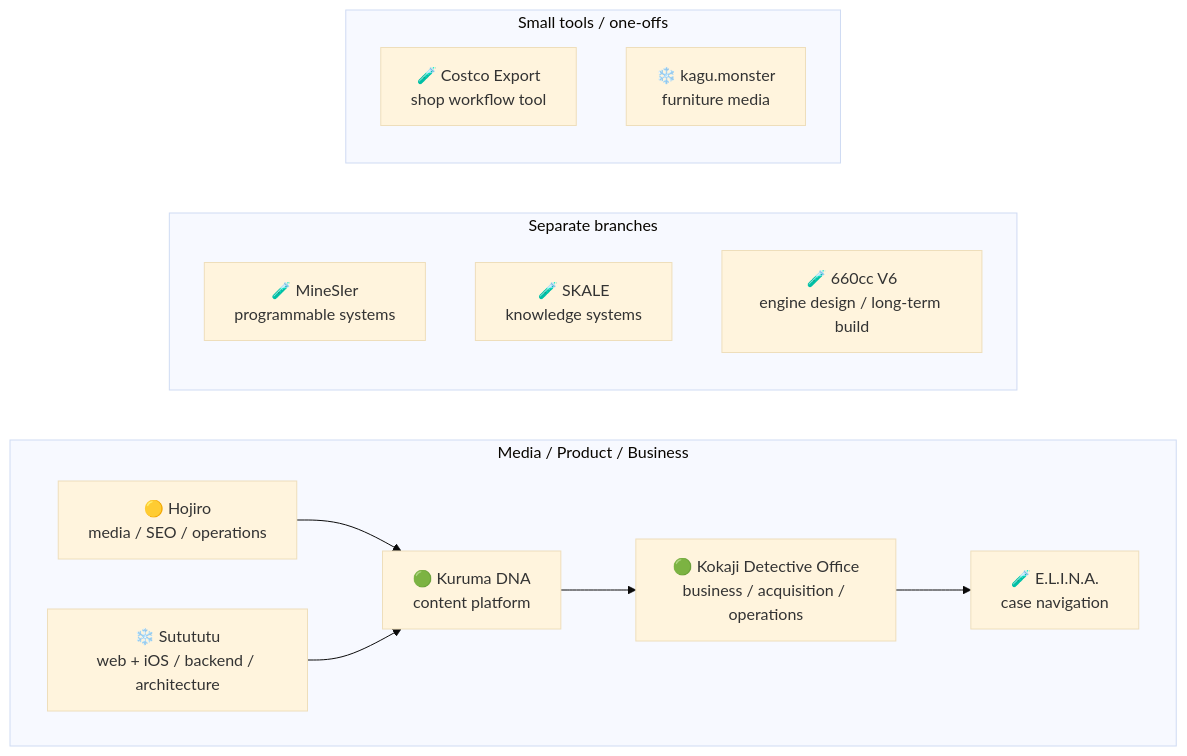
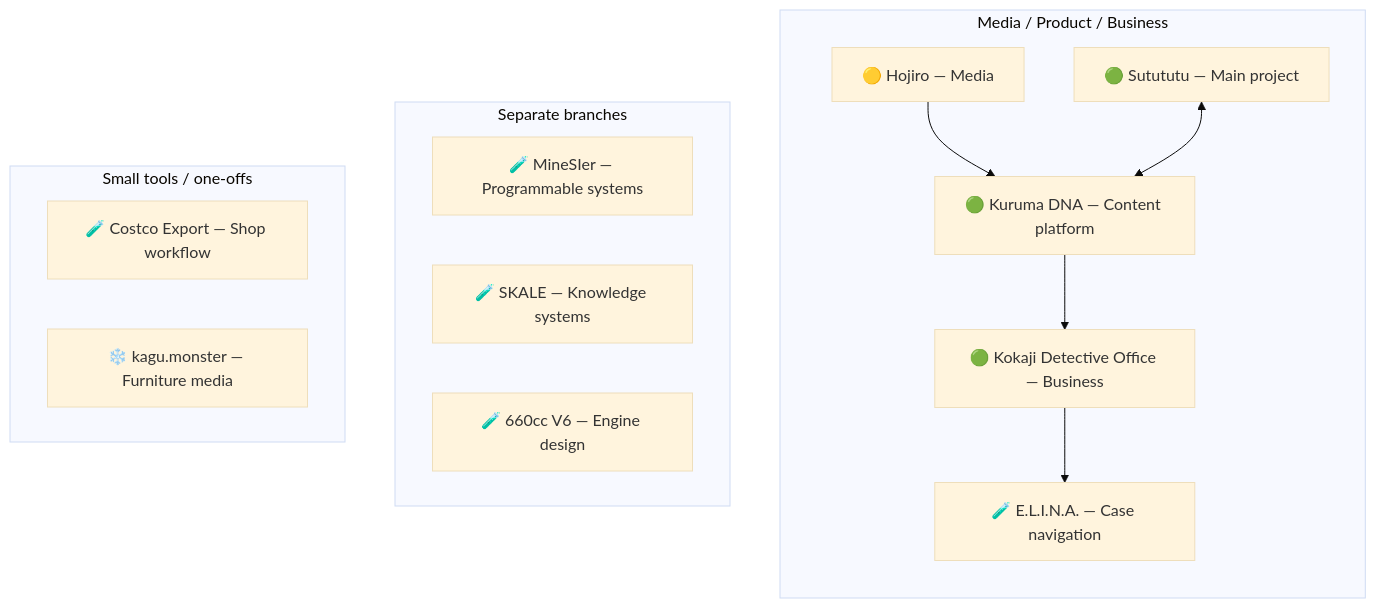
Before and after one commit to hodzilla51/hodzilla51: the diagram in README.md, drawn with Mermaid (base theme). The commit also changed other lines of this file, not shown here.

Commit message:
docs: feature Sutututu as the main active project

````diff
--- a/README.md
+++ b/README.md
@@ -175,28 +190,29 @@
 ```mermaid
-flowchart LR
-    subgraph P[Media / Product / Business]
-        direction LR
-        HJ[🟡 Hojiro<br/>media / SEO / operations]
-        ST[❄️ Sutututu<br/>web + iOS / backend / architecture]
-        KD[🟢 Kuruma DNA<br/>content platform]
-        KO[🟢 Kokaji Detective Office<br/>business / acquisition / operations]
-        EL[🧪 E.L.I.N.A.<br/>case navigation]
+flowchart TD
+    subgraph P["Media / Product / Business"]
+        direction TB
+        ST["🟢 Sutututu — Main project"]
+        HJ["🟡 Hojiro — Media"]
+        KD["🟢 Kuruma DNA — Content platform"]
+        KO["🟢 Kokaji Detective Office — Business"]
+        EL["🧪 E.L.I.N.A. — Case navigation"]
 
         HJ --> KD
-        ST --> KD
+        ST <--> KD
         KD --> KO
         KO --> EL
     end
 
-    subgraph X[Separate branches]
-        direction TB
-        MI[🧪 MineSIer<br/>programmable systems]
-        SK[🧪 SKALE<br/>knowledge systems]
-        CV[🧪 660cc V6<br/>engine design / long-term build]
+    subgraph X["Separate branches"]
+        direction LR
+        MI["🧪 MineSIer — Programmable systems"]
+        SK["🧪 SKALE — Knowledge systems"]
+        CV["🧪 660cc V6 — Engine design"]
     end
 
-    subgraph T[Small tools / one-offs]
-        CE[🧪 Costco Export<br/>shop workflow tool]
-        KG[❄️ kagu.monster<br/>furniture media]
+    subgraph T["Small tools / one-offs"]
+        direction LR
+        CE["🧪 Costco Export — Shop workflow"]
+        KG["❄️ kagu.monster — Furniture media"]
     end
 ```
````
